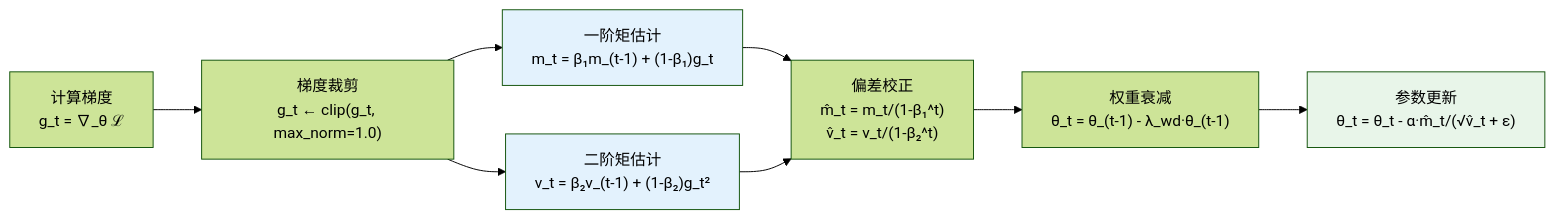
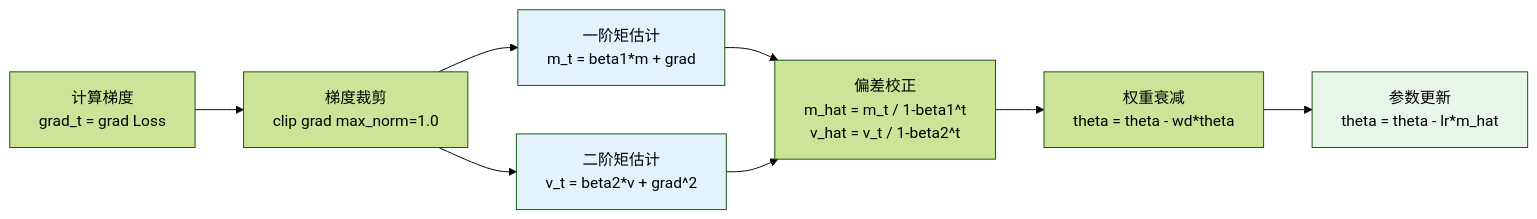
One commit to xhforever/Bio-OTSR changed the fifth of 8 diagrams in docs/ALGORITHM_FLOWCHART.md. Above: the diagram before and after it, drawn with Mermaid (forest theme). The commit also changed other lines of this file and 693 other files, not shown here.

````diff
--- a/docs/ALGORITHM_FLOWCHART.md
+++ b/docs/ALGORITHM_FLOWCHART.md
@@ -675,18 +675,18 @@
 ```mermaid
 flowchart LR
-    Gradient["计算梯度<br/>g_t = ∇_θ ℒ"] --> Clip["梯度裁剪<br/>g_t ← clip(g_t, max_norm=1.0)"]
+    Gradient["计算梯度<br/>grad_t = grad Loss"] --> Clip["梯度裁剪<br/>clip grad max_norm=1.0"]
     
-    Clip --> Moment1["一阶矩估计<br/>m_t = β₁m_(t-1) + (1-β₁)g_t"]
-    Clip --> Moment2["二阶矩估计<br/>v_t = β₂v_(t-1) + (1-β₂)g_t²"]
+    Clip --> Moment1["一阶矩估计<br/>m_t = beta1*m + grad"]
+    Clip --> Moment2["二阶矩估计<br/>v_t = beta2*v + grad^2"]
     
-    Moment1 --> BiasCorrect["偏差校正<br/>m̂_t = m_t/(1-β₁^t)<br/>v̂_t = v_t/(1-β₂^t)"]
+    Moment1 --> BiasCorrect["偏差校正<br/>m_hat = m_t / 1-beta1^t<br/>v_hat = v_t / 1-beta2^t"]
     Moment2 --> BiasCorrect
     
-    BiasCorrect --> WeightDecay["权重衰减<br/>θ_t = θ_(t-1) - λ_wd·θ_(t-1)"]
+    BiasCorrect --> WeightDecay["权重衰减<br/>theta = theta - wd*theta"]
     
-    WeightDecay --> Update["参数更新<br/>θ_t = θ_t - α·m̂_t/(√v̂_t + ε)"]
+    WeightDecay --> Update["参数更新<br/>theta = theta - lr*m_hat"]
     
     style Moment1 fill:#e3f2fd
     style Moment2 fill:#e3f2fd
     style Update fill:#e8f5e9
 ```
````
